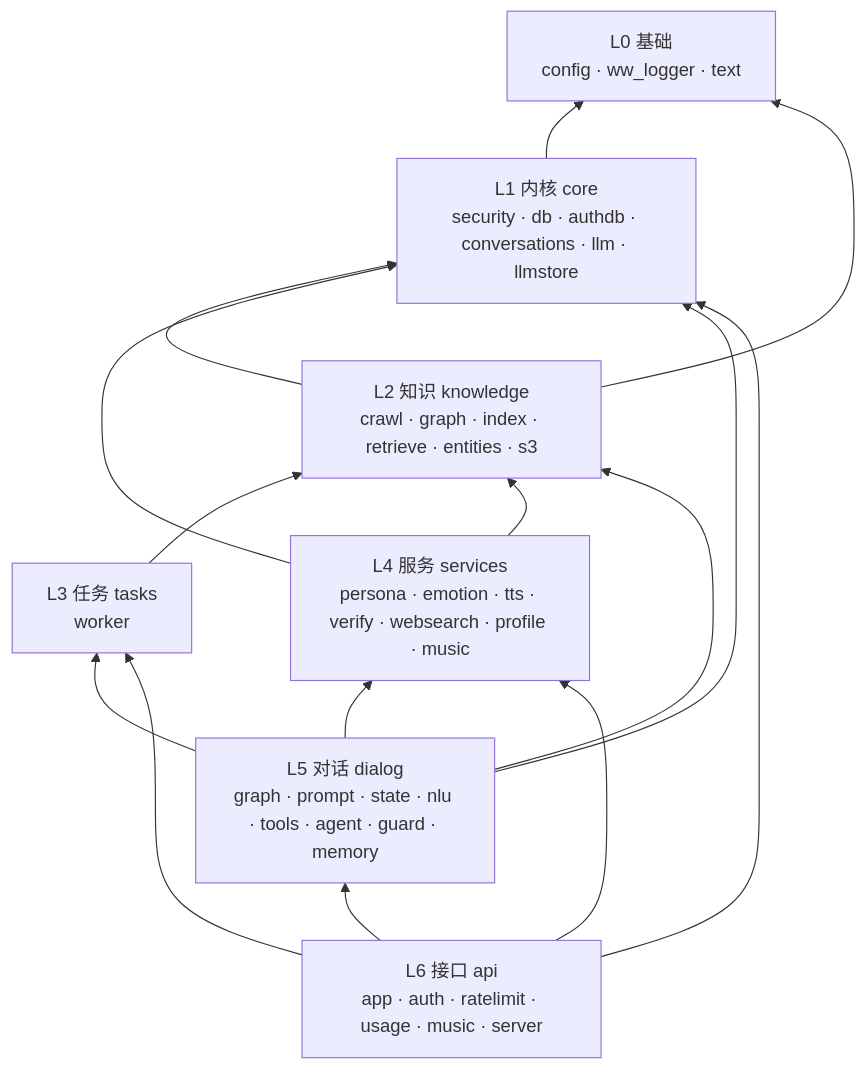
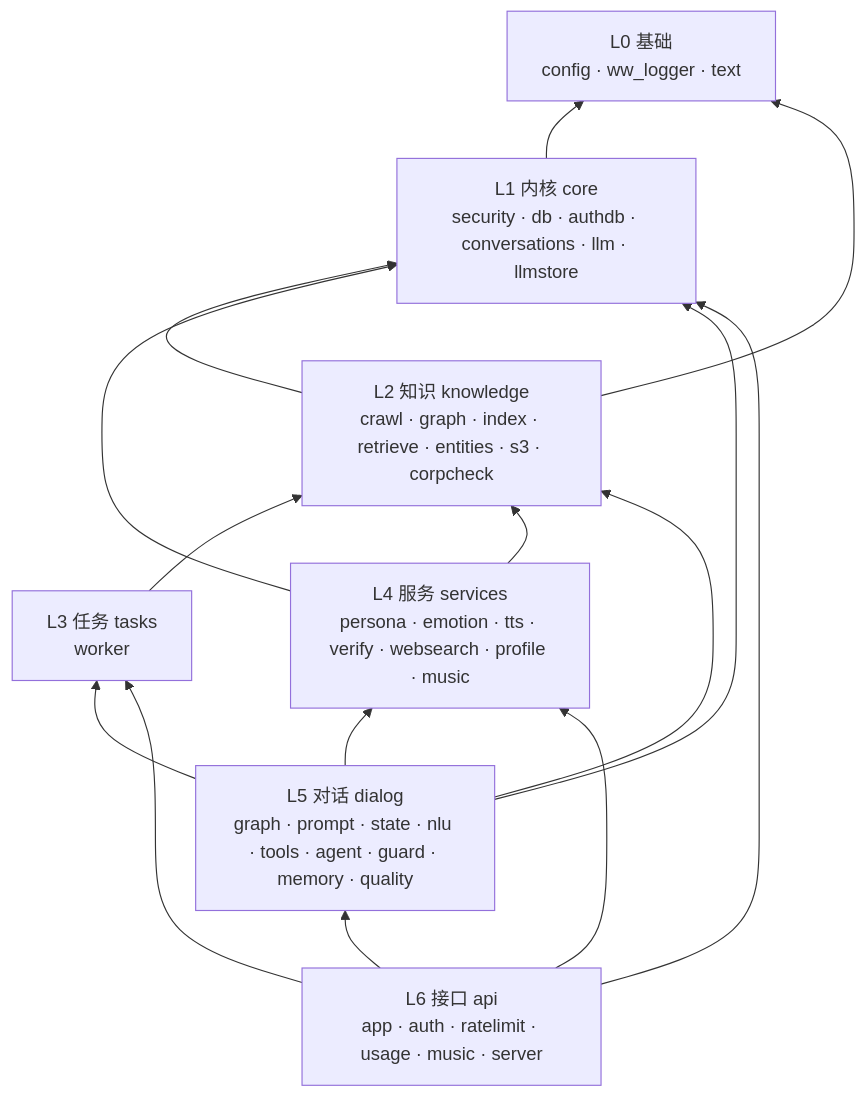
One commit to wzkzd666/wuwa-rag changed the diagram in ARCHITECTURE.md. Above: the diagram before and after it, drawn with Mermaid. The commit also changed other lines of this file, not shown here.

First line of the commit message:
docs(ARCHITECTURE): 补上今天新增的两个模块与第七档限流，并标明旧规模数字是当时快照

````diff
--- a/ARCHITECTURE.md
+++ b/ARCHITECTURE.md
@@ -12,25 +12,25 @@
 ```mermaid
 graph BT
     L0["L0 基础<br/>config · ww_logger · text"]
     L1["L1 内核 core<br/>security · db · authdb · conversations · llm · llmstore"]
-    L2["L2 知识 knowledge<br/>crawl · graph · index · retrieve · entities · s3"]
+    L2["L2 知识 knowledge<br/>crawl · graph · index · retrieve · entities · s3 · corpcheck"]
     L3["L3 任务 tasks<br/>worker"]
     L4["L4 服务 services<br/>persona · emotion · tts · verify · websearch · profile · music"]
-    L5["L5 对话 dialog<br/>graph · prompt · state · nlu · tools · agent · guard · memory"]
+    L5["L5 对话 dialog<br/>graph · prompt · state · nlu · tools · agent · guard · memory · quality"]
     L6["L6 接口 api<br/>app · auth · ratelimit · usage · music · server"]
 
     L1 --> L0
     L2 --> L1
     L2 --> L0
     L3 --> L2
     L4 --> L2
     L4 --> L1
     L5 --> L4
     L5 --> L3
     L5 --> L2
     L5 --> L1
     L6 --> L5
     L6 --> L4
     L6 --> L3
     L6 --> L1
 ```
````
